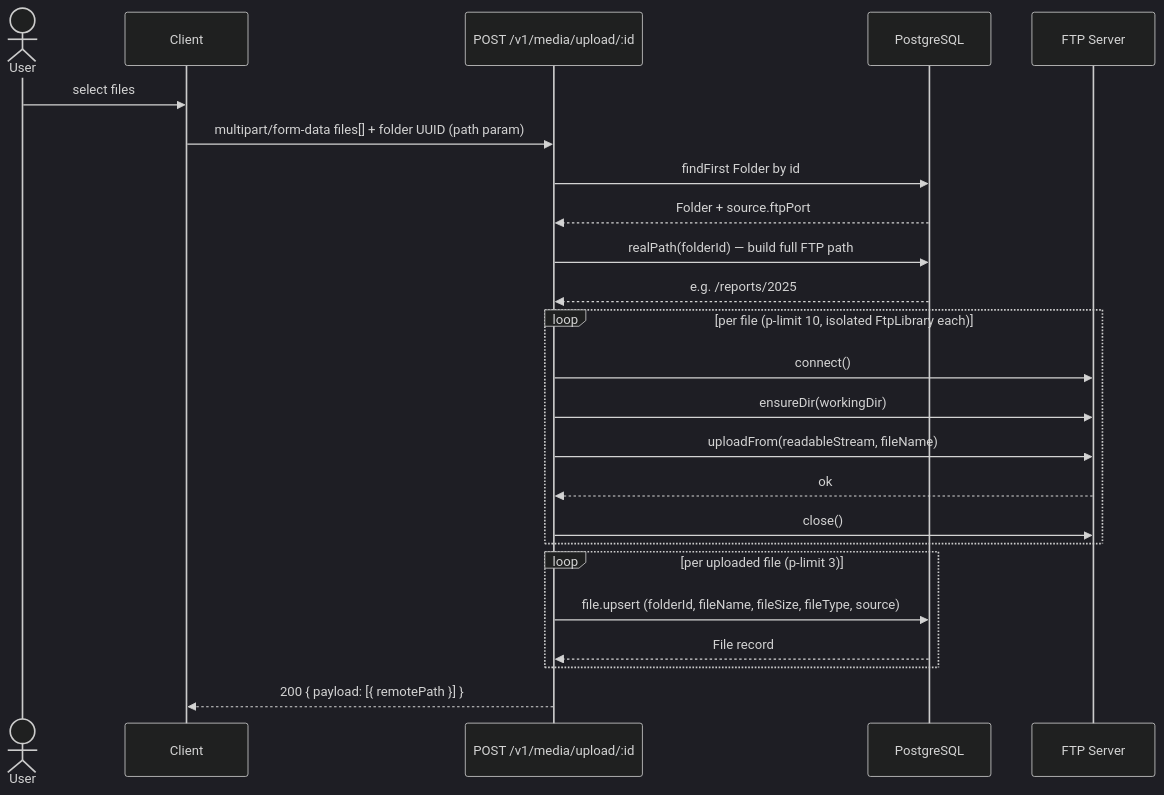
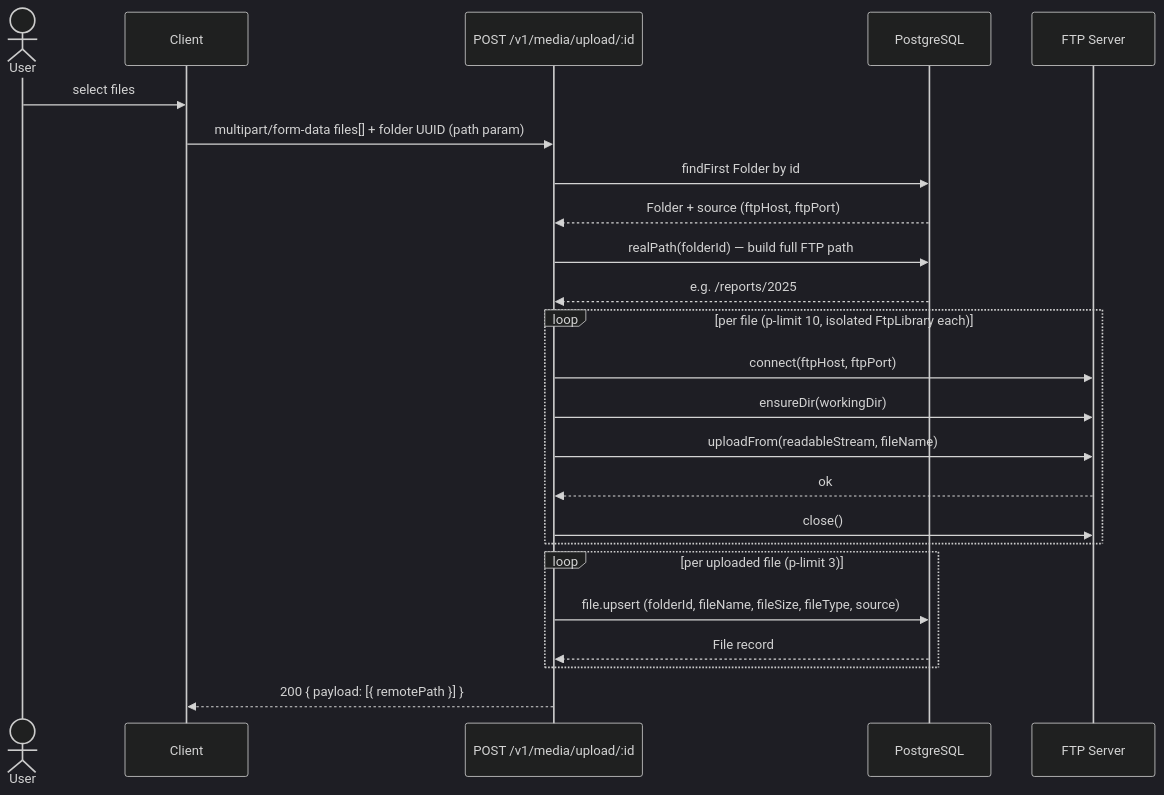
One commit to GLASSSFIN-DEV/ftp-drive-api changed the fourth of 9 diagrams in README.md. Above: the diagram before and after it, drawn with Mermaid (dark theme). The commit also changed other lines of this file, not shown here.

````diff
--- a/README.md
+++ b/README.md
@@ -189,30 +265,30 @@
 ```mermaid
 sequenceDiagram
     actor User
     participant Client
     participant API as POST /v1/media/upload/:id
     participant DB as PostgreSQL
     participant FTP as FTP Server
 
     User->>Client: select files
     Client->>API: multipart/form-data  files[] + folder UUID (path param)
     API->>DB: findFirst Folder by id
-    DB-->>API: Folder + source.ftpPort
+    DB-->>API: Folder + source (ftpHost, ftpPort)
     API->>DB: realPath(folderId) — build full FTP path
     DB-->>API: e.g. /reports/2025
 
     loop per file (p-limit 10, isolated FtpLibrary each)
-        API->>FTP: connect()
+        API->>FTP: connect(ftpHost, ftpPort)
         API->>FTP: ensureDir(workingDir)
         API->>FTP: uploadFrom(readableStream, fileName)
         FTP-->>API: ok
         API->>FTP: close()
     end
 
     loop per uploaded file (p-limit 3)
         API->>DB: file.upsert (folderId, fileName, fileSize, fileType, source)
         DB-->>API: File record
     end
 
     API-->>Client: 200 { payload: [{ remotePath }] }
 ```
````
